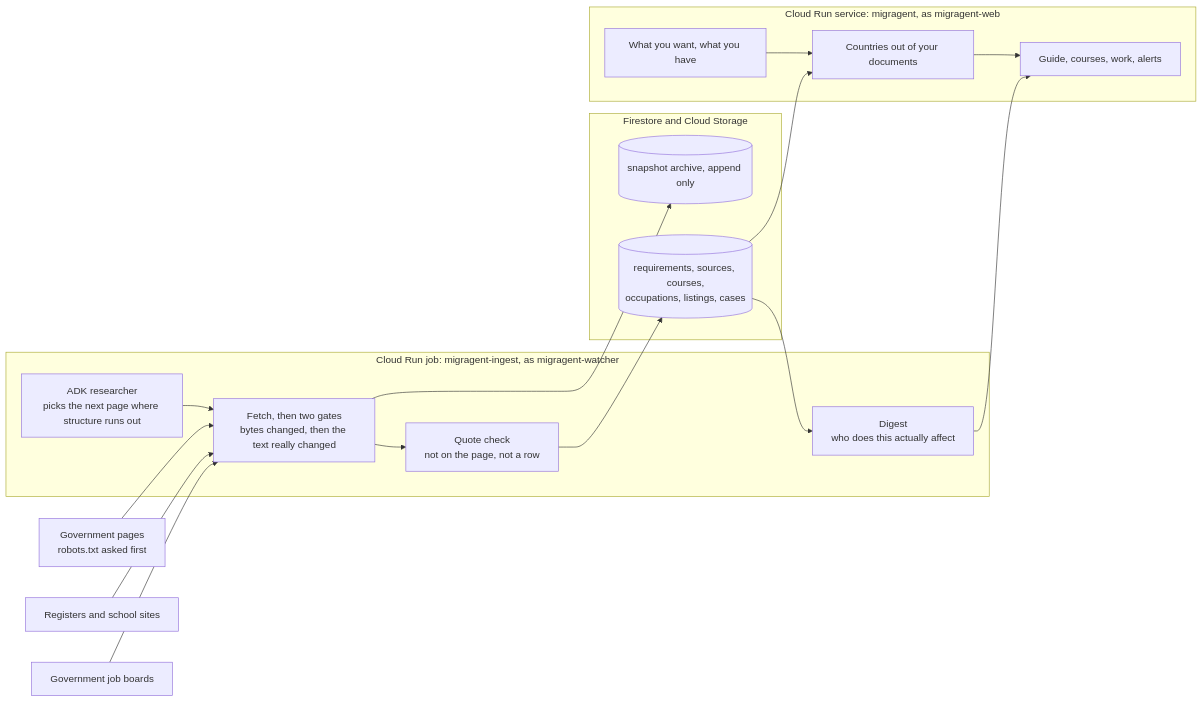
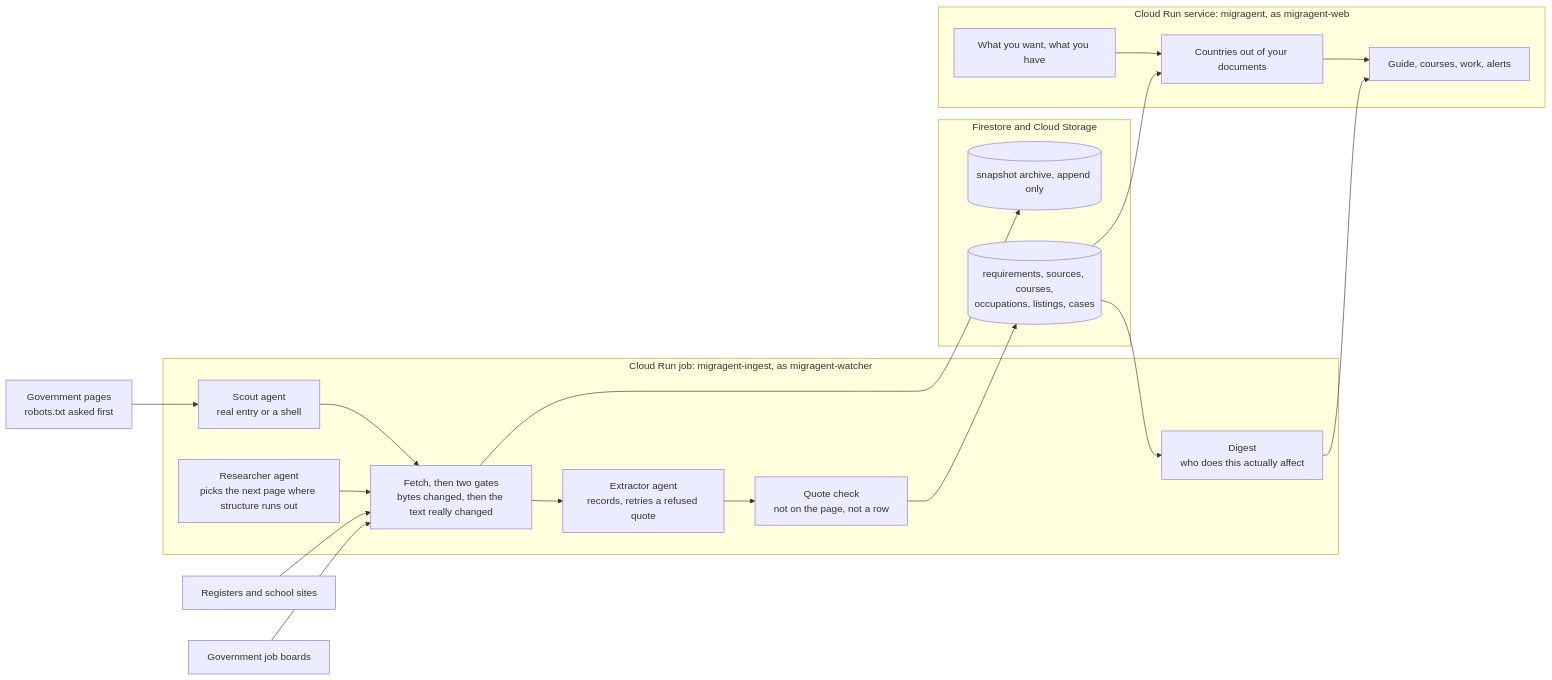
The diagram in README.md (cnpierrepapi/migragent), drawn with Mermaid before and after one commit. The commit also changed other lines of this file, not shown here.

Commit message:
Rewrite the README in plain language, and add the agent layer

````diff
--- a/README.md
+++ b/README.md
@@ -74,34 +85,36 @@
 ```mermaid
 flowchart LR
     GOV["Government pages<br/>robots.txt asked first"]
     REG["Registers and school sites"]
     BOARD["Government job boards"]
 
     subgraph job["Cloud Run job: migragent-ingest, as migragent-watcher"]
-        AGENT["ADK researcher<br/>picks the next page where structure runs out"]
+        SCOUT["Scout agent<br/>real entry or a shell"]
+        AGENT["Researcher agent<br/>picks the next page where structure runs out"]
         FETCH["Fetch, then two gates<br/>bytes changed, then the text really changed"]
+        EXTRACT["Extractor agent<br/>records, retries a refused quote"]
         QUOTE["Quote check<br/>not on the page, not a row"]
         DIGEST["Digest<br/>who does this actually affect"]
     end
 
     subgraph store["Firestore and Cloud Storage"]
         ROWS[(requirements, sources, courses,<br/>occupations, listings, cases)]
         SNAP[(snapshot archive, append only)]
     end
 
     subgraph web["Cloud Run service: migragent, as migragent-web"]
         FLOW["What you want, what you have"]
         ELIG["Countries out of your documents"]
         OUT["Guide, courses, work, alerts"]
     end
 
-    GOV --> FETCH
+    GOV --> SCOUT --> FETCH
     REG --> FETCH
     BOARD --> FETCH
-    AGENT --> FETCH --> QUOTE --> ROWS
+    AGENT --> FETCH --> EXTRACT --> QUOTE --> ROWS
     FETCH --> SNAP
     ROWS --> DIGEST
     ROWS --> ELIG
     FLOW --> ELIG --> OUT
     DIGEST --> OUT
 ```
````
